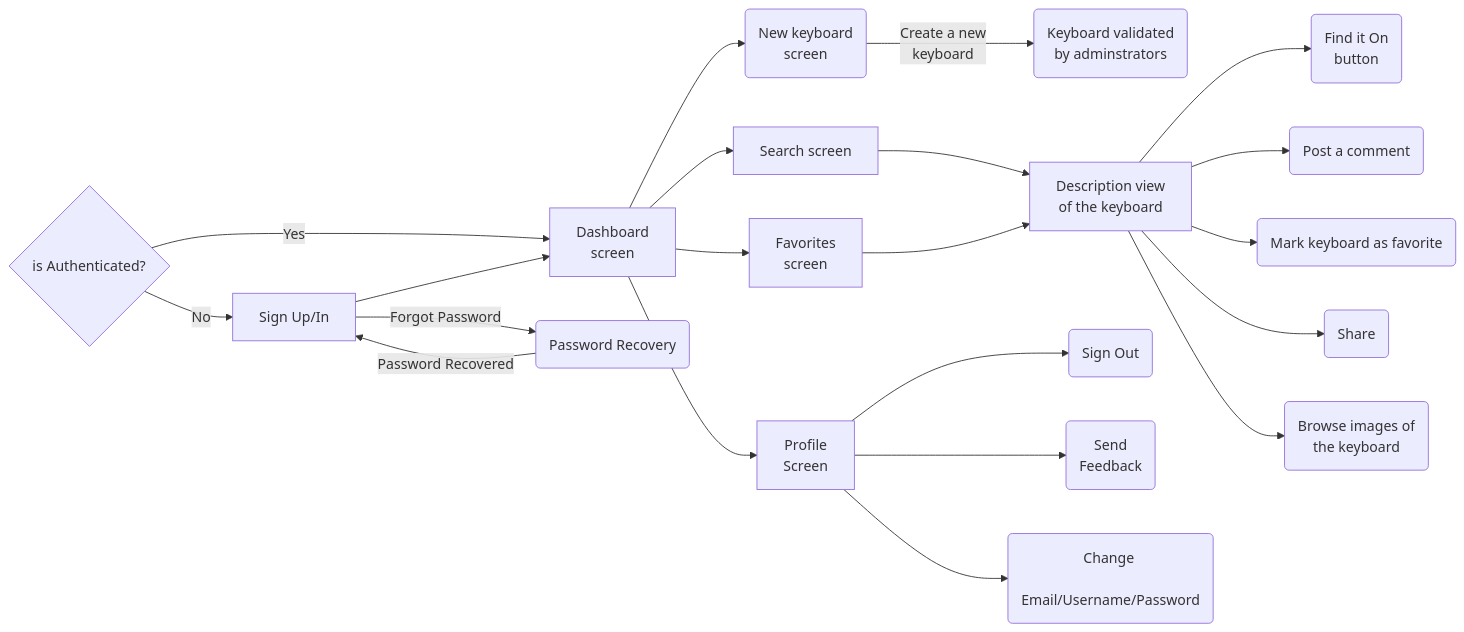
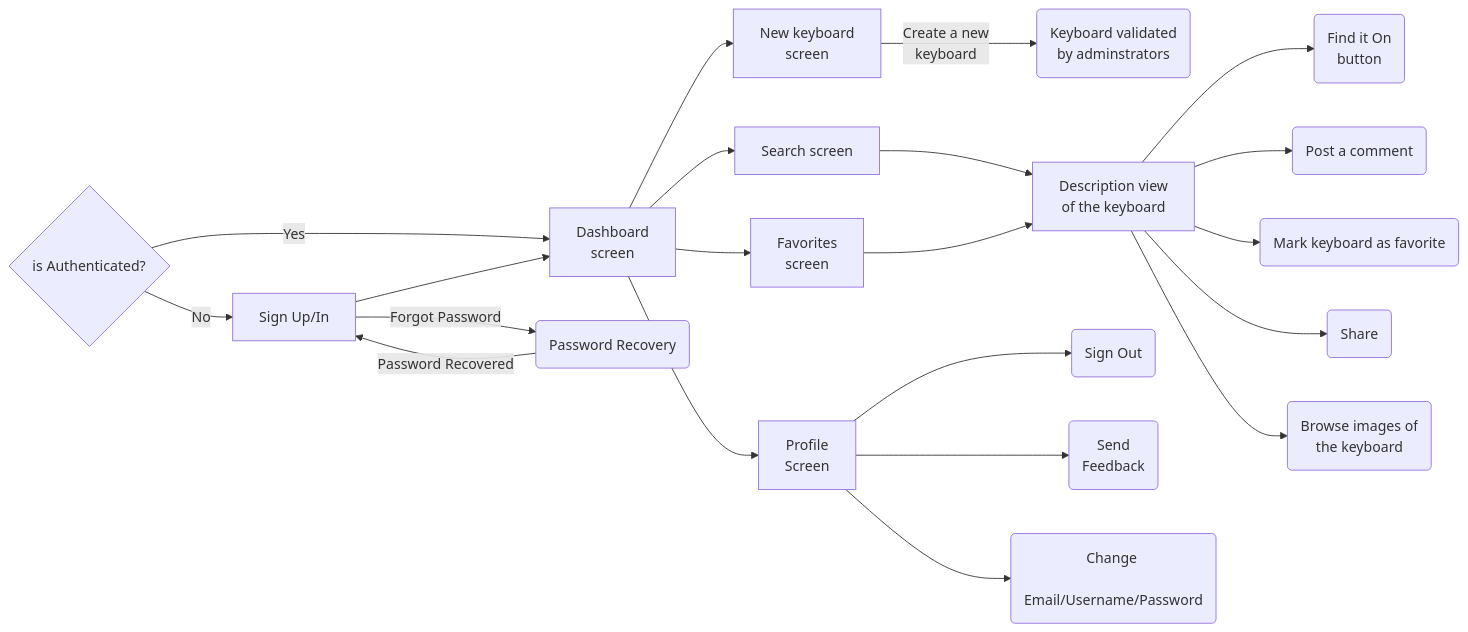
One commit to Vlastrix/keytastic_backend changed the diagram in docs/flow_of_keytastic/userFlow.md. Above: the diagram before and after it, drawn with Mermaid. The commit also changed 1 other file, not shown here.

Commit message:
add admin flow

````diff
--- a/docs/flow_of_keytastic/userFlow.md
+++ b/docs/flow_of_keytastic/userFlow.md
@@ -3,24 +3,24 @@
 ```mermaid
 graph LR
     C{is Authenticated?}
     C -->|Yes| D[Dashboard \n screen]
     C -->|No| E[Sign Up/In]
     E -->|Forgot Password| Y(Password Recovery)
     Y -->|Password Recovered| E
     E --> D
-    D --> Z(New keyboard \n screen)
+    D --> Z[New keyboard \n screen]
     Z -->|Create a new \n keyboard| W(Keyboard validated \n by adminstrators)
     D --> H[Search screen]
     H --> I[Description view \n of the keyboard]
     I --> F(Find it On \n button)
     I --> G(Post a comment)
     I --> A(Mark keyboard as favorite)
     I --> B(Share)
     D --> K[Favorites \n screen]
     I --> X(Browse images of \n the keyboard)
     K --> I
     D --> P[Profile \n Screen]
     P --> Q(Sign Out)
     P --> T(Send \n Feedback)
     P --> R(Change \n Email/Username/Password)
 ```
````
